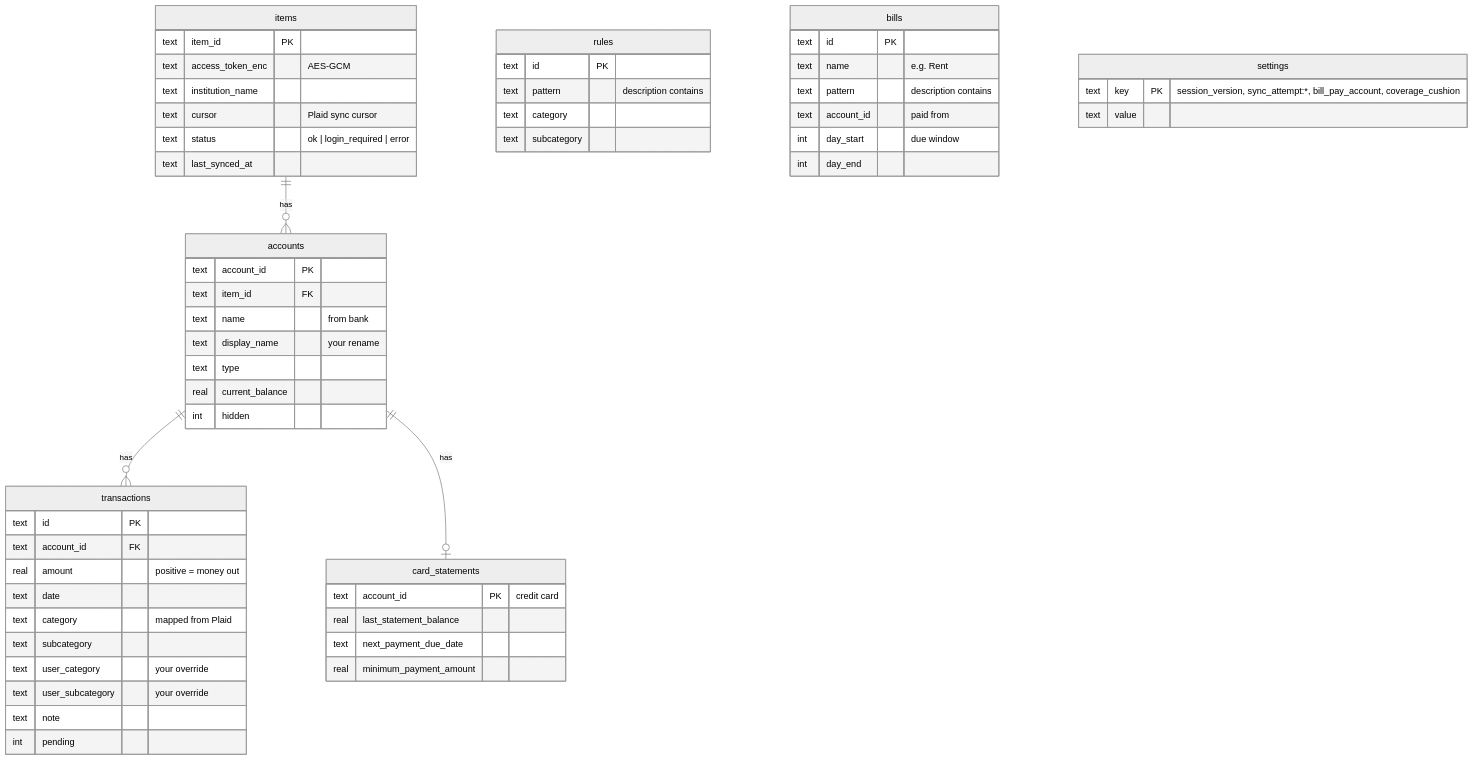
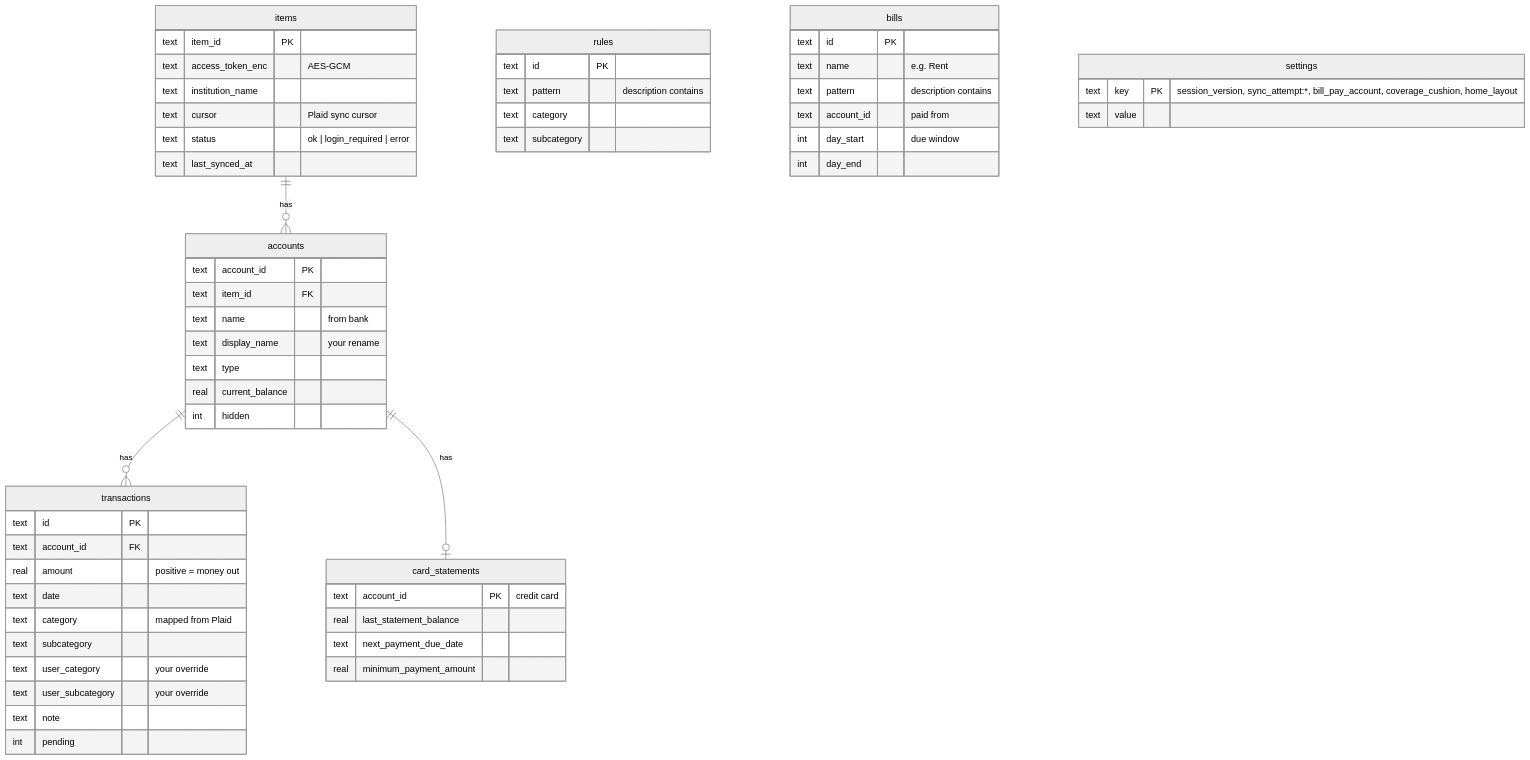
Before and after one commit to Paksh2909/Budget-Webapp: the fourth of 4 diagrams in docs/ARCHITECTURE.md, drawn with Mermaid (neutral theme). The commit also changed 8 other files, not shown here.

````diff
--- a/docs/ARCHITECTURE.md
+++ b/docs/ARCHITECTURE.md
@@ -103,59 +103,59 @@
 ```mermaid
 erDiagram
     items ||--o{ accounts : has
     accounts ||--o{ transactions : has
     accounts ||--o| card_statements : has
     items {
         text item_id PK
         text access_token_enc "AES-GCM"
         text institution_name
         text cursor "Plaid sync cursor"
         text status "ok | login_required | error"
         text last_synced_at
     }
     accounts {
         text account_id PK
         text item_id FK
         text name "from bank"
         text display_name "your rename"
         text type
         real current_balance
         int hidden
     }
     transactions {
         text id PK
         text account_id FK
         real amount "positive = money out"
         text date
         text category "mapped from Plaid"
         text subcategory
         text user_category "your override"
         text user_subcategory "your override"
         text note
         int pending
     }
     rules {
         text id PK
         text pattern "description contains"
         text category
         text subcategory
     }
     card_statements {
         text account_id PK "credit card"
         real last_statement_balance
         text next_payment_due_date
         real minimum_payment_amount
     }
     bills {
         text id PK
         text name "e.g. Rent"
         text pattern "description contains"
         text account_id "paid from"
         int day_start "due window"
         int day_end
     }
     settings {
-        text key PK "session_version, sync_attempt:*, bill_pay_account, coverage_cushion"
+        text key PK "session_version, sync_attempt:*, bill_pay_account, coverage_cushion, home_layout"
         text value
     }
 ```
````
